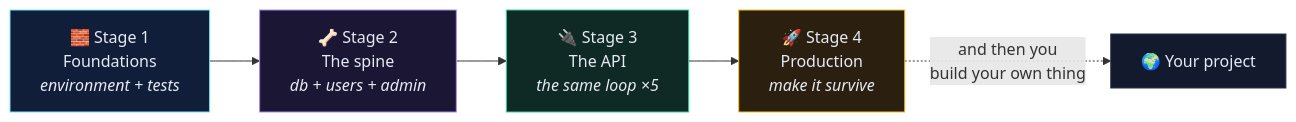
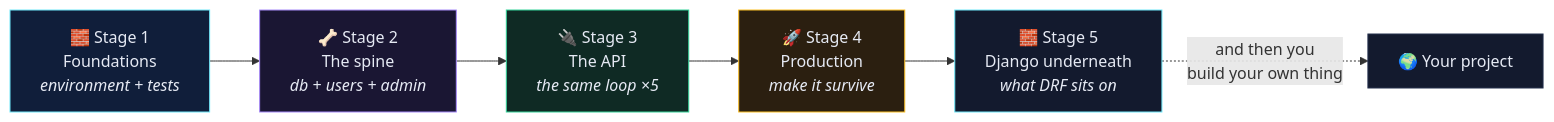
Before and after one commit to BenhamadaKhalil/Benhamada-DRF-knowledge-base: the first of 3 diagrams in EN/_Noetix/Learning Path.md, drawn with Mermaid. The commit also changed other lines of this file and 12 other files, not shown here.

````diff
--- a/EN/_Noetix/Learning Path.md
+++ b/EN/_Noetix/Learning Path.md
@@ -20,13 +20,15 @@
 ```mermaid
 flowchart LR
     A["🧱 Stage 1<br/>Foundations<br/><i>environment + tests</i>"] --> B["🦴 Stage 2<br/>The spine<br/><i>db + users + admin</i>"]
     B --> C["🔌 Stage 3<br/>The API<br/><i>the same loop ×5</i>"]
     C --> D["🚀 Stage 4<br/>Production<br/><i>make it survive</i>"]
-    D -.->|"and then you<br/>build your own thing"| E["🌍 Your project"]
+    D --> E["🧱 Stage 5<br/>Django underneath<br/><i>what DRF sits on</i>"]
+    E -.->|"and then you<br/>build your own thing"| F["🌍 Your project"]
 
     style A fill:#101E3A,stroke:#6EE7F9,color:#E6EAF4
     style B fill:#1A1633,stroke:#A78BFA,color:#E6EAF4
     style C fill:#0F2A24,stroke:#34D399,color:#E6EAF4
     style D fill:#2B1F10,stroke:#FBBF24,color:#E6EAF4
-    style E fill:#131A2E,stroke:#24304D,color:#E6EAF4
+    style E fill:#131A2E,stroke:#6EE7F9,color:#E6EAF4
+    style F fill:#131A2E,stroke:#24304D,color:#E6EAF4
 ```
````
